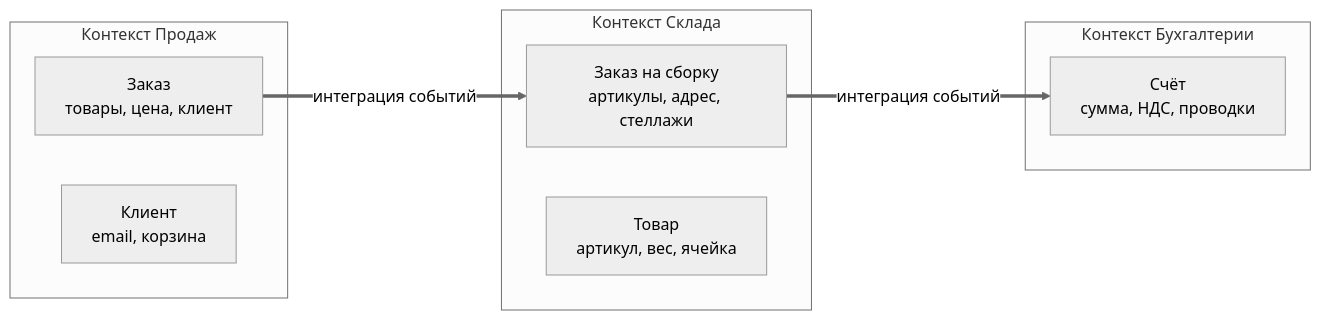
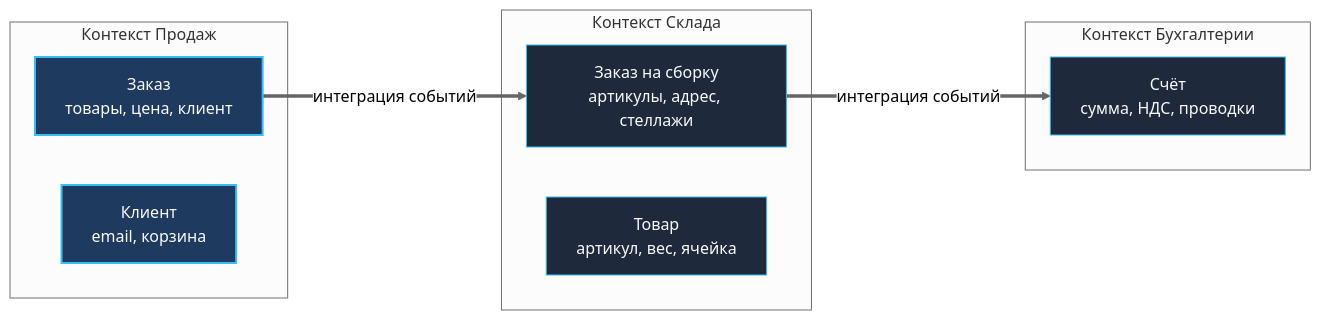
Before and after one commit to UnrealTemplier/go-textbook: the diagram in sources/11. Архитектура и System Design/12. Domain Driven Design. Bounded Context и Aggregate.md, drawn with Mermaid (neutral theme). The commit also changed 1666 other files, not shown here.

First line of the commit message:
feat(mermaid): add semantic color classDef to 1369 colorless flowchart/graph diagrams

````diff
--- a/sources/11. Архитектура и System Design/12. Domain Driven Design. Bounded Context и Aggregate.md
+++ b/sources/11. Архитектура и System Design/12. Domain Driven Design. Bounded Context и Aggregate.md
@@ -31,19 +31,29 @@
 ```mermaid
 flowchart LR
+    classDef process  fill:#1e293b,stroke:#38bdf8,stroke-width:1px,color:#f8fafc
+    classDef success  fill:#064e3b,stroke:#34d399,stroke-width:1px,color:#f8fafc
+    classDef error    fill:#7f1d1d,stroke:#f87171,stroke-width:1px,color:#f8fafc
+    classDef warning  fill:#78350f,stroke:#fbbf24,stroke-width:1px,color:#f8fafc
+    classDef entry    fill:#1e3a5f,stroke:#38bdf8,stroke-width:2px,color:#f8fafc
+    classDef aux      fill:#334155,stroke:#64748b,stroke-width:1px,color:#f8fafc
+    classDef system   fill:#312e81,stroke:#a78bfa,stroke-width:1px,color:#f8fafc
+    classDef data     fill:#132d29,stroke:#2dd4bf,stroke-width:1px,color:#f8fafc
+    classDef network  fill:#881337,stroke:#fb7185,stroke-width:1px,color:#f8fafc
+    classDef accent   fill:#1e1b4b,stroke:#818cf8,stroke-width:1px,color:#f8fafc
     subgraph Sales[Контекст Продаж]
-        S_Order["Заказ<br>товары, цена, клиент"]
-        S_Customer["Клиент<br>email, корзина"]
+        S_Order["Заказ<br>товары, цена, клиент"]:::entry
+        S_Customer["Клиент<br>email, корзина"]:::entry
     end
 
     subgraph Fulfillment[Контекст Склада]
-        F_Order["Заказ на сборку<br>артикулы, адрес, стеллажи"]
-        F_Item["Товар<br>артикул, вес, ячейка"]
+        F_Order["Заказ на сборку<br>артикулы, адрес, стеллажи"]:::process
+        F_Item["Товар<br>артикул, вес, ячейка"]:::process
     end
 
     subgraph Accounting[Контекст Бухгалтерии]
-        A_Invoice["Счёт<br>сумма, НДС, проводки"]
+        A_Invoice["Счёт<br>сумма, НДС, проводки"]:::process
     end
 
     S_Order == "интеграция событий" ==> F_Order
     F_Order == "интеграция событий" ==> A_Invoice
 ```
````
